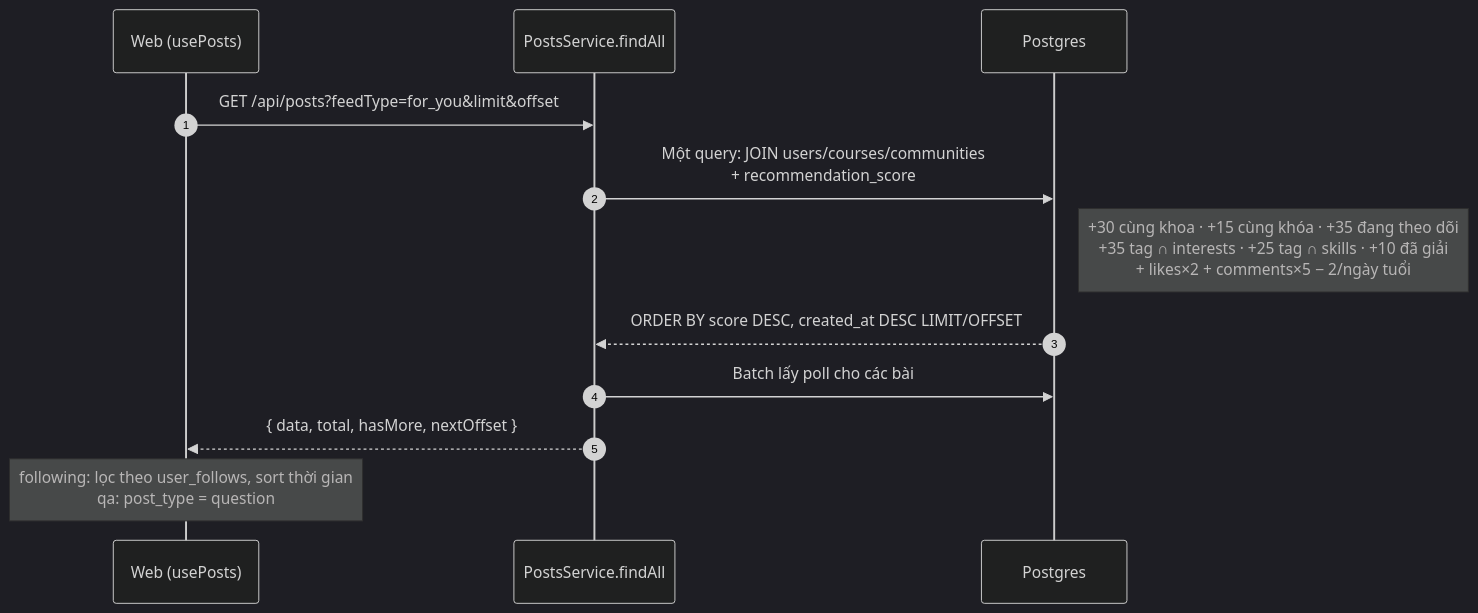
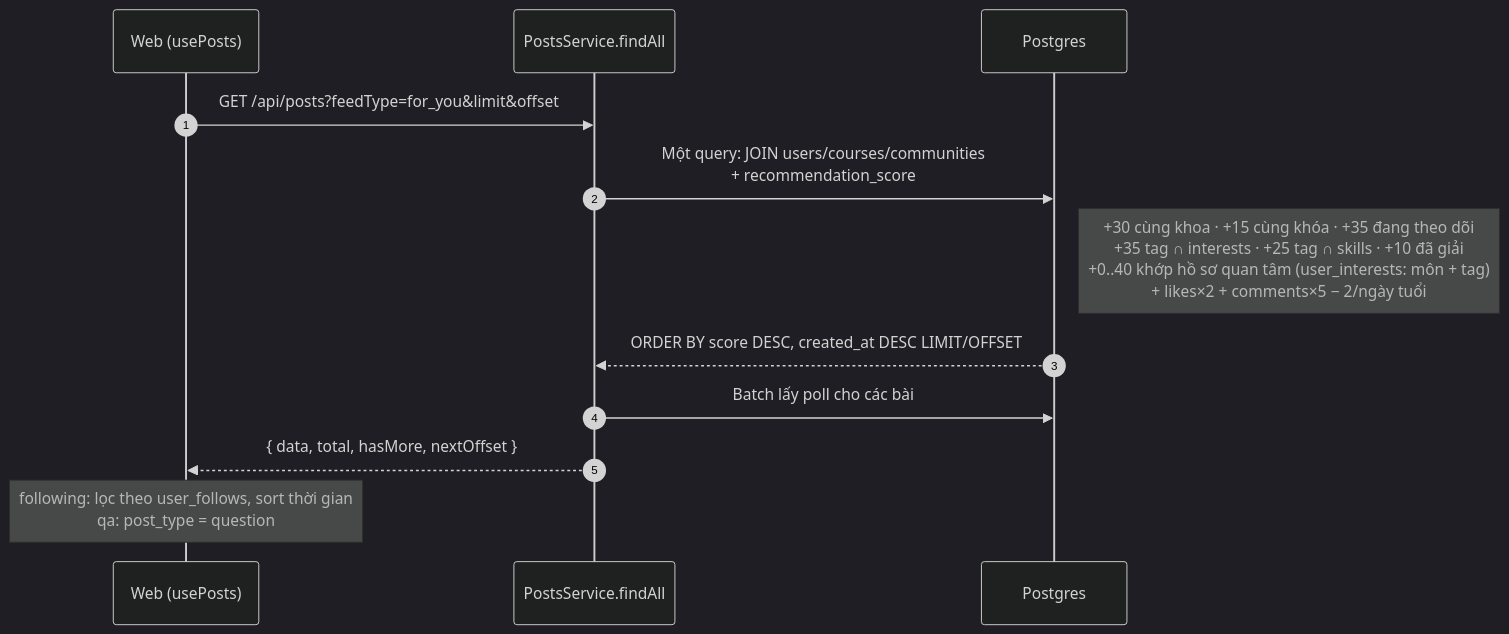
One commit to nhatcoi/pu-connect changed the fifth of 9 diagrams in docs/diagrams/05-flows.md. Above: the diagram before and after it, drawn with Mermaid (dark theme). The commit also changed other lines of this file and 6 other files, not shown here.

````diff
--- a/docs/diagrams/05-flows.md
+++ b/docs/diagrams/05-flows.md
@@ -141,15 +141,15 @@
 ```mermaid
 sequenceDiagram
   autonumber
   participant W as Web (usePosts)
   participant P as PostsService.findAll
   participant DB as Postgres
 
   W->>P: GET /api/posts?feedType=for_you&limit&offset
   P->>DB: Một query: JOIN users/courses/communities<br/>+ recommendation_score
-  Note right of DB: +30 cùng khoa · +15 cùng khóa · +35 đang theo dõi<br/>+35 tag ∩ interests · +25 tag ∩ skills · +10 đã giải<br/>+ likes×2 + comments×5 − 2/ngày tuổi
+  Note right of DB: +30 cùng khoa · +15 cùng khóa · +35 đang theo dõi<br/>+35 tag ∩ interests · +25 tag ∩ skills · +10 đã giải<br/>+0..40 khớp hồ sơ quan tâm (user_interests: môn + tag)<br/>+ likes×2 + comments×5 − 2/ngày tuổi
   DB-->>P: ORDER BY score DESC, created_at DESC LIMIT/OFFSET
   P->>DB: Batch lấy poll cho các bài
   P-->>W: { data, total, hasMore, nextOffset }
   Note over W: following: lọc theo user_follows, sort thời gian<br/>qa: post_type = question
 ```
````
